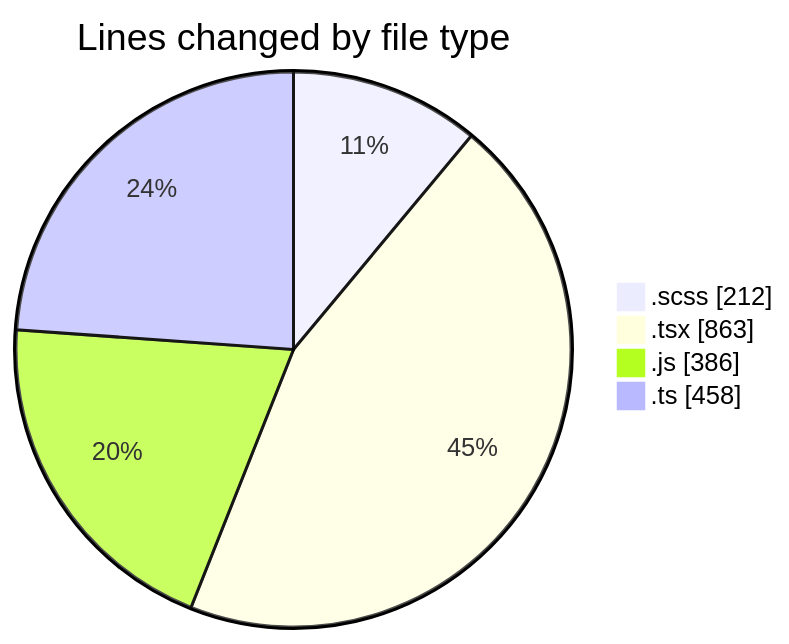
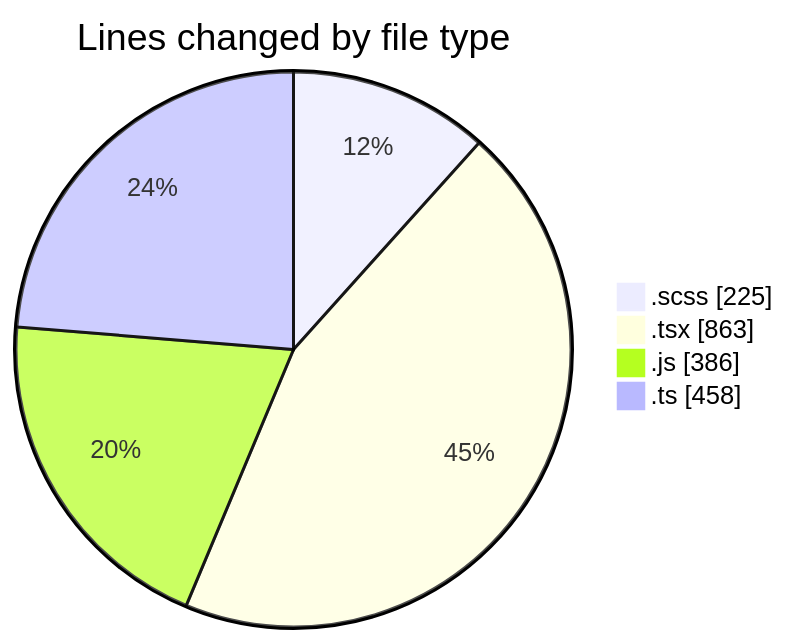
The first of 2 diagrams in 2025-03-14/cda/README.md (momahboobian/code-tracking), drawn with Mermaid before and after one commit. The commit also changed other lines of this file and 1 other file, not shown here.

````diff
--- a/2025-03-14/cda/README.md
+++ b/2025-03-14/cda/README.md
@@ -34,8 +34,8 @@
 ```mermaid
 pie showData
 title Lines changed by file type
-".scss" : 212
+".scss" : 225
 ".tsx" : 863
 ".js" : 386
 ".ts" : 458
 ```
````
